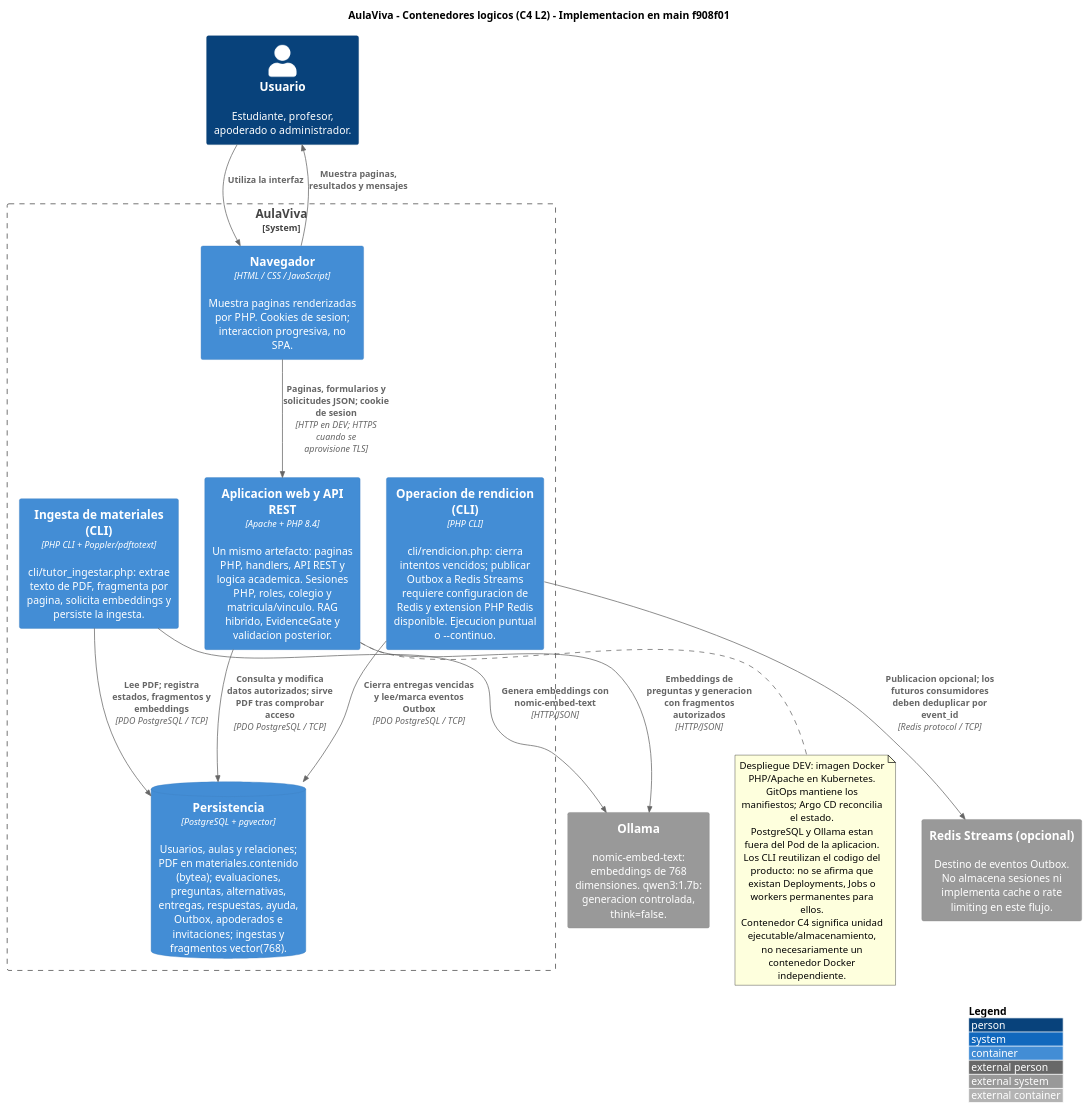
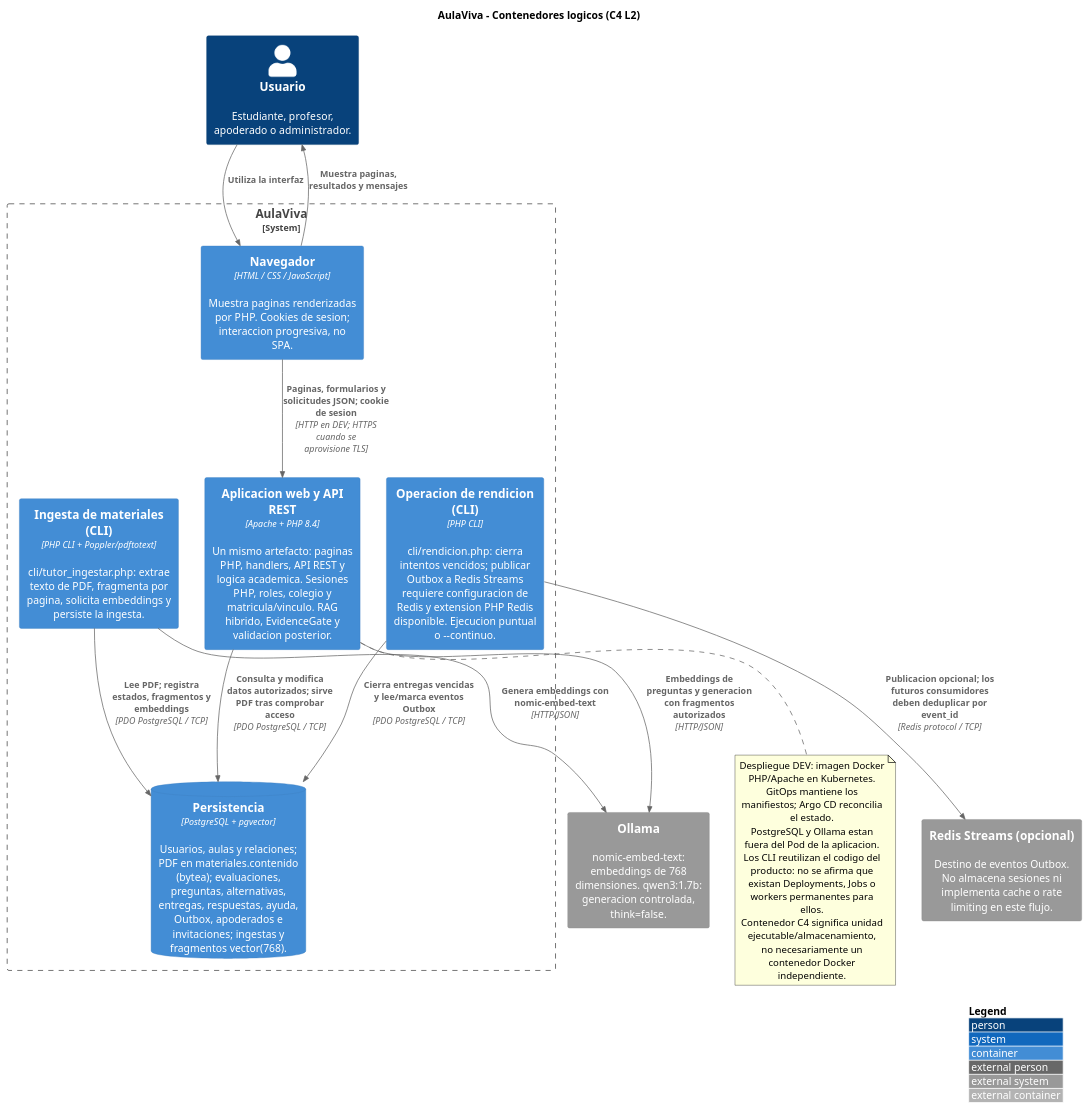
One commit to KulkatPOP/Equipo-AulaViva- changed the diagram in docs/c4/l2-container.puml. Above: the diagram before and after it, drawn with PlantUML.

Commit message:
docs(c4): corregir título del diagrama L2

```diff
--- a/docs/c4/l2-container.puml
+++ b/docs/c4/l2-container.puml
@@ -1,40 +1,40 @@
 @startuml C4_Nivel2_Contenedores
 !include https://raw.githubusercontent.com/plantuml-stdlib/C4-PlantUML/master/C4_Container.puml
 
 LAYOUT_WITH_LEGEND()
 
-title AulaViva - Contenedores logicos (C4 L2) - Implementacion en main f908f01
+title AulaViva - Contenedores logicos (C4 L2)
 
 Person(usuario, "Usuario", "Estudiante, profesor, apoderado o administrador.")
 System_Ext(ollama, "Ollama", "nomic-embed-text: embeddings de 768 dimensiones. qwen3:1.7b: generacion controlada, think=false.")
 System_Ext(redis, "Redis Streams (opcional)", "Destino de eventos Outbox. No almacena sesiones ni implementa cache o rate limiting en este flujo.")
 
 System_Boundary(producto, "AulaViva") {
     Container(navegador, "Navegador", "HTML / CSS / JavaScript", "Muestra paginas renderizadas por PHP. Cookies de sesion; interaccion progresiva, no SPA.")
     Container(web, "Aplicacion web y API REST", "Apache + PHP 8.4", "Un mismo artefacto: paginas PHP, handlers, API REST y logica academica. Sesiones PHP, roles, colegio y matricula/vinculo. RAG hibrido, EvidenceGate y validacion posterior.")
     Container(ingesta, "Ingesta de materiales (CLI)", "PHP CLI + Poppler/pdftotext", "cli/tutor_ingestar.php: extrae texto de PDF, fragmenta por pagina, solicita embeddings y persiste la ingesta.")
     Container(rendicion, "Operacion de rendicion (CLI)", "PHP CLI", "cli/rendicion.php: cierra intentos vencidos; publicar Outbox a Redis Streams requiere configuracion de Redis y extension PHP Redis disponible. Ejecucion puntual o --continuo.")
     ContainerDb(db, "Persistencia", "PostgreSQL + pgvector", "Usuarios, aulas y relaciones; PDF en materiales.contenido (bytea); evaluaciones, preguntas, alternativas, entregas, respuestas, ayuda, Outbox, apoderados e invitaciones; ingestas y fragmentos vector(768).")
 }
 
 Rel(usuario, navegador, "Utiliza la interfaz")
 Rel(navegador, usuario, "Muestra paginas, resultados y mensajes")
 Rel(navegador, web, "Paginas, formularios y solicitudes JSON; cookie de sesion", "HTTP en DEV; HTTPS cuando se aprovisione TLS")
 Rel(web, db, "Consulta y modifica datos autorizados; sirve PDF tras comprobar acceso", "PDO PostgreSQL / TCP")
 Rel(web, ollama, "Embeddings de preguntas y generacion con fragmentos autorizados", "HTTP/JSON")
 Rel(ingesta, db, "Lee PDF; registra estados, fragmentos y embeddings", "PDO PostgreSQL / TCP")
 Rel(ingesta, ollama, "Genera embeddings con nomic-embed-text", "HTTP/JSON")
 Rel(rendicion, db, "Cierra entregas vencidas y lee/marca eventos Outbox", "PDO PostgreSQL / TCP")
 Rel(rendicion, redis, "Publicacion opcional; los futuros consumidores deben deduplicar por event_id", "Redis protocol / TCP")
 
 note bottom of web
   Despliegue DEV: imagen Docker PHP/Apache en Kubernetes.
   GitOps mantiene los manifiestos; Argo CD reconcilia el estado.
   PostgreSQL y Ollama estan fuera del Pod de la aplicacion.
   Los CLI reutilizan el codigo del producto: no se afirma que
   existan Deployments, Jobs o workers permanentes para ellos.
   Contenedor C4 significa unidad ejecutable/almacenamiento,
   no necesariamente un contenedor Docker independiente.
 end note
 
 @enduml
```
